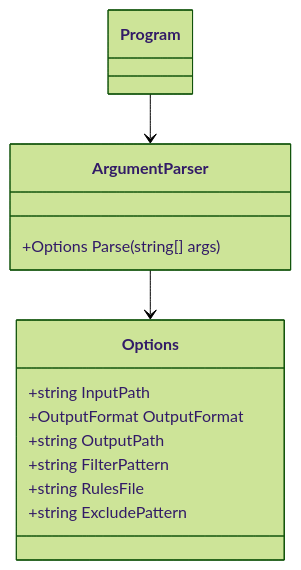
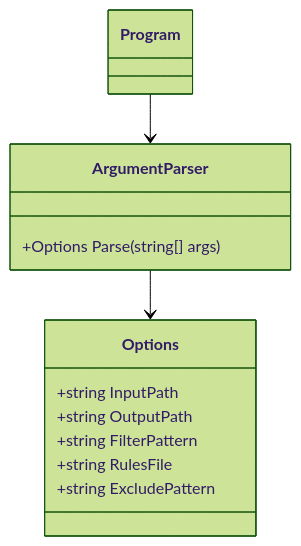
Before and after one commit to kaito-jiro/code-deps-jiro: the second of 5 diagrams in docs/design/class-diagram.md, drawn with Mermaid (forest theme). The commit also changed other lines of this file and 8 other files, not shown here.

````diff
--- a/docs/design/class-diagram.md
+++ b/docs/design/class-diagram.md
@@ -107,18 +106,17 @@
 ```mermaid
 classDiagram
     class Program
     class ArgumentParser {
         +Options Parse(string[] args)
     }
     class Options {
         +string InputPath
-        +OutputFormat OutputFormat
         +string OutputPath
         +string FilterPattern
         +string RulesFile
         +string ExcludePattern
     }
 
     Program --> ArgumentParser
     ArgumentParser --> Options
 ```
````
